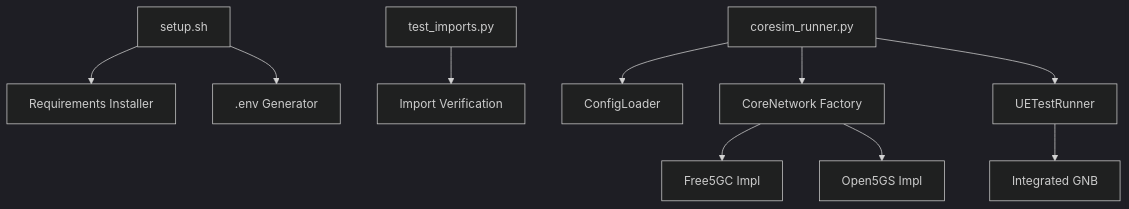
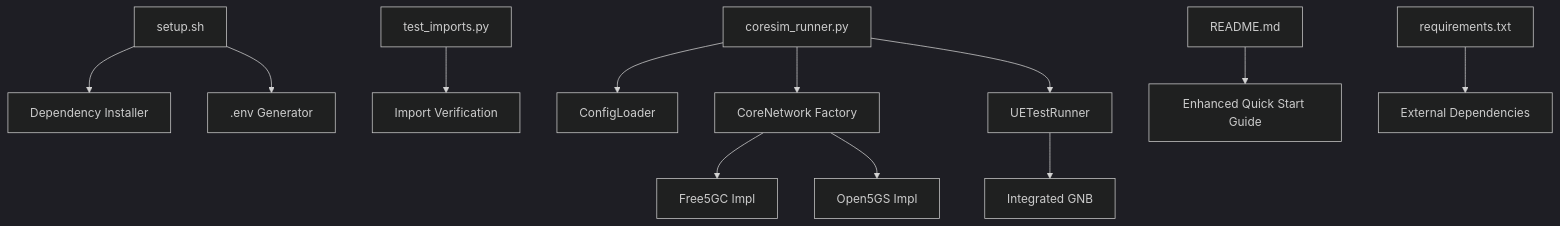
Before and after one commit to hackeryounow/coresimrunner: the first of 5 diagrams in .qoder/repowiki/en/content/Project Overview/Getting Started.md, drawn with Mermaid (dark theme). The commit also changed other lines of this file and 6 other files, not shown here.

````diff
--- a/.qoder/repowiki/en/content/Project Overview/Getting Started.md
+++ b/.qoder/repowiki/en/content/Project Overview/Getting Started.md
@@ -42,12 +48,14 @@
 ```mermaid
 graph TB
-A["setup.sh"] --> B["Requirements Installer"]
+A["setup.sh"] --> B["Dependency Installer"]
 A --> C[".env Generator"]
 D["test_imports.py"] --> E["Import Verification"]
 F["coresim_runner.py"] --> G["ConfigLoader"]
 F --> H["CoreNetwork Factory"]
 H --> I["Free5GC Impl"]
 H --> J["Open5GS Impl"]
 F --> K["UETestRunner"]
 K --> L["Integrated GNB"]
+M["README.md"] --> N["Enhanced Quick Start Guide"]
+O["requirements.txt"] --> P["External Dependencies"]
 ```
````
